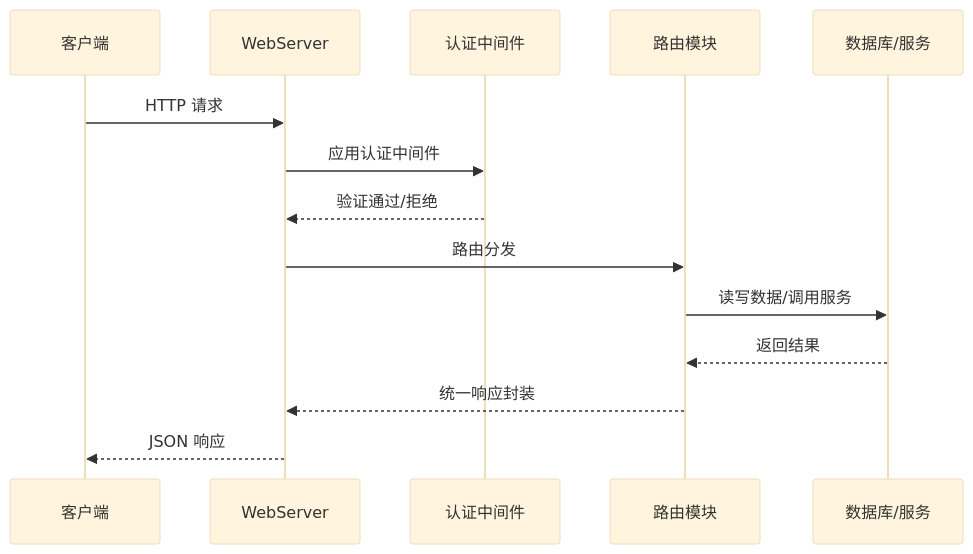
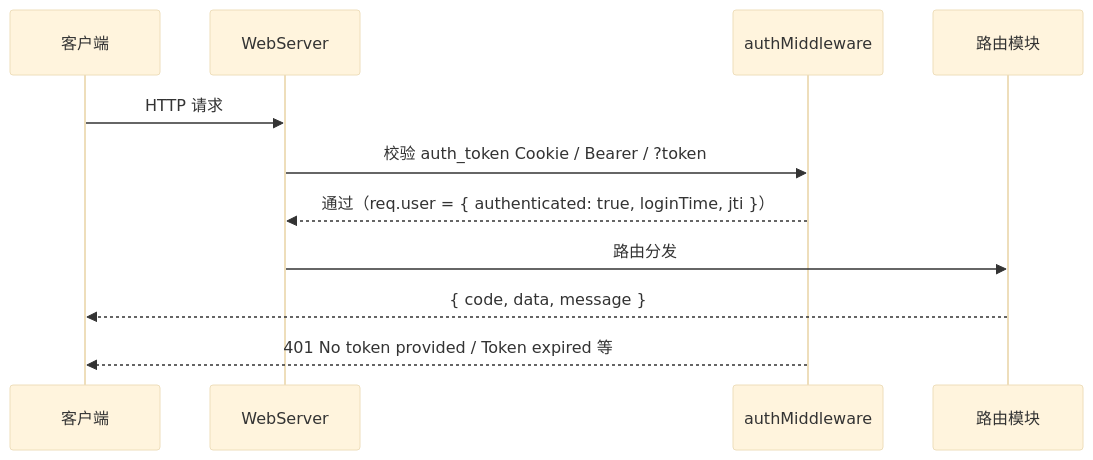
Before and after one commit to XxxXTeam/ChatAI-Plugin-Does: the second of 2 diagrams in api/index.md, drawn with Mermaid (base theme). The commit also changed other lines of this file and 71 other files, not shown here.

````diff
--- a/api/index.md
+++ b/api/index.md
@@ -68,17 +112,14 @@
 ```mermaid
 sequenceDiagram
-    participant Client as 客户端
-    participant Web as WebServer
-    participant MW as 认证中间件
-    participant Route as 路由模块
-    participant DB as 数据库/服务
+    participant C as 客户端
+    participant W as WebServer
+    participant A as authMiddleware
+    participant R as 路由模块
 
-    Client->>Web: HTTP 请求
-    Web->>MW: 应用认证中间件
-    MW-->>Web: 验证通过/拒绝
-    Web->>Route: 路由分发
-    Route->>DB: 读写数据/调用服务
-    DB-->>Route: 返回结果
-    Route-->>Web: 统一响应封装
-    Web-->>Client: JSON 响应
+    C->>W: HTTP 请求
+    W->>A: 校验 auth_token Cookie / Bearer / ?token
+    A-->>W: 通过（req.user = { authenticated: true, loginTime, jti }）
+    W->>R: 路由分发
+    R-->>C: { code, data, message }
+    A-->>C: 401 No token provided / Token expired 等
 ```
````
